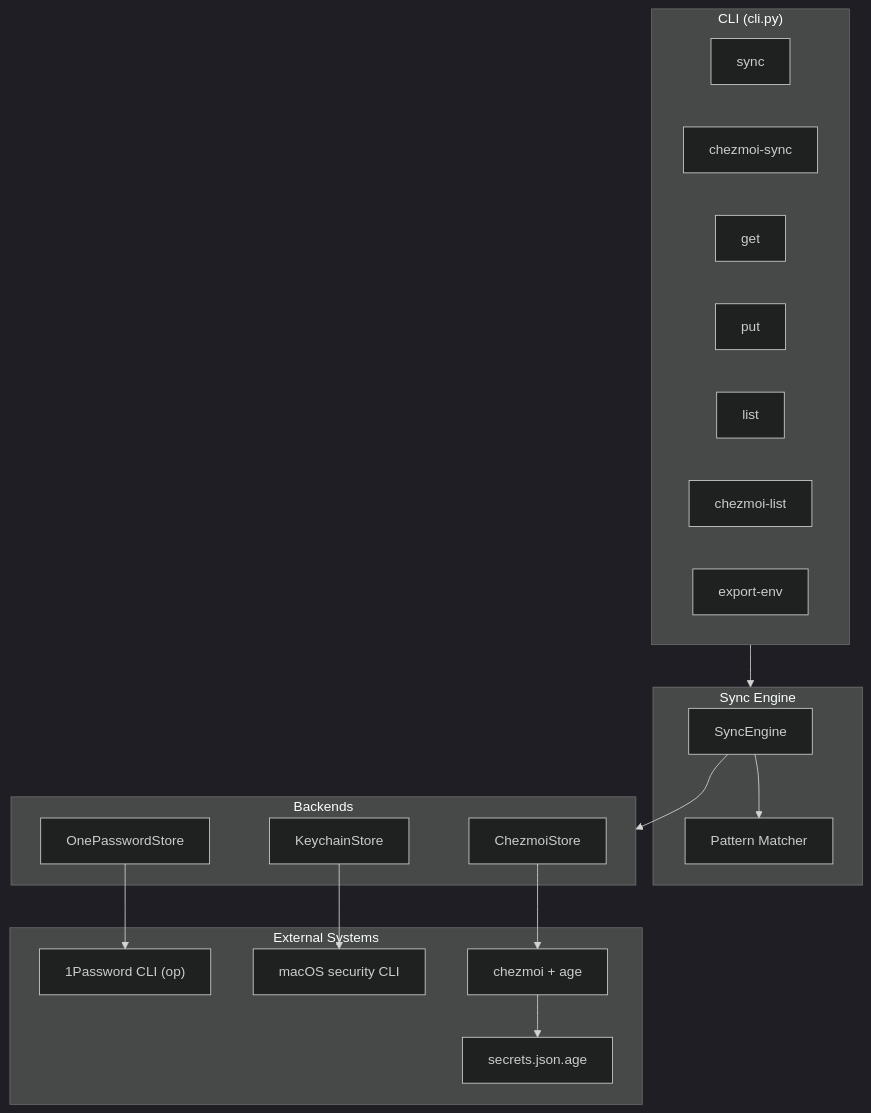
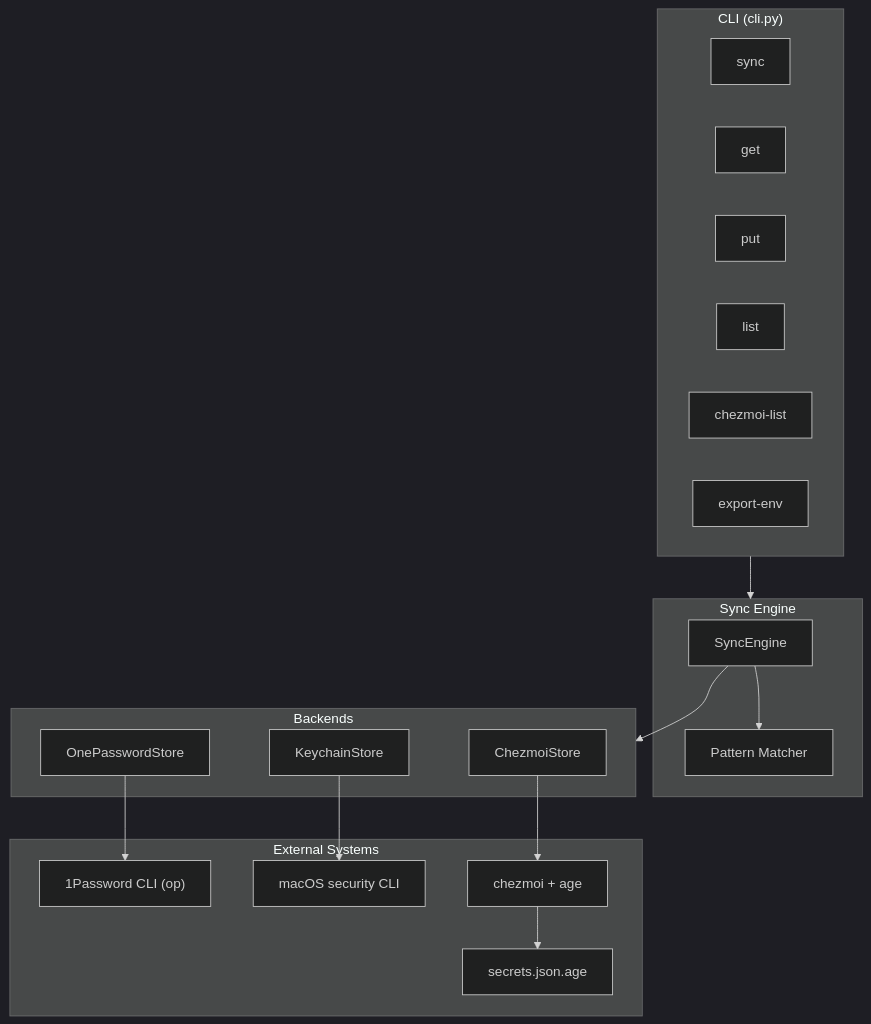
Before and after one commit to NetDevAutomate/api_key_sync: the first of 2 diagrams in README.md, drawn with Mermaid (dark theme). The commit also changed other lines of this file and 3 other files, not shown here.

````diff
--- a/README.md
+++ b/README.md
@@ -17,38 +17,37 @@
 ```mermaid
 flowchart TB
     subgraph CLI["CLI (cli.py)"]
         sync[sync]
-        chezmoi_sync[chezmoi-sync]
         get[get]
         put[put]
         list[list]
         chezmoi_list[chezmoi-list]
         export[export-env]
     end
 
     subgraph Engine["Sync Engine"]
         SE[SyncEngine]
         PM[Pattern Matcher]
     end
 
     subgraph Backends
         OP[OnePasswordStore]
         KC[KeychainStore]
         CZ[ChezmoiStore]
     end
 
     subgraph External["External Systems"]
         OP_CLI["1Password CLI (op)"]
         SEC_CLI["macOS security CLI"]
         CZ_CLI["chezmoi + age"]
         CZ_FILE["secrets.json.age"]
     end
 
     CLI --> Engine
     SE --> PM
     SE --> Backends
     OP --> OP_CLI
     KC --> SEC_CLI
     CZ --> CZ_CLI
     CZ_CLI --> CZ_FILE
 ```
````
